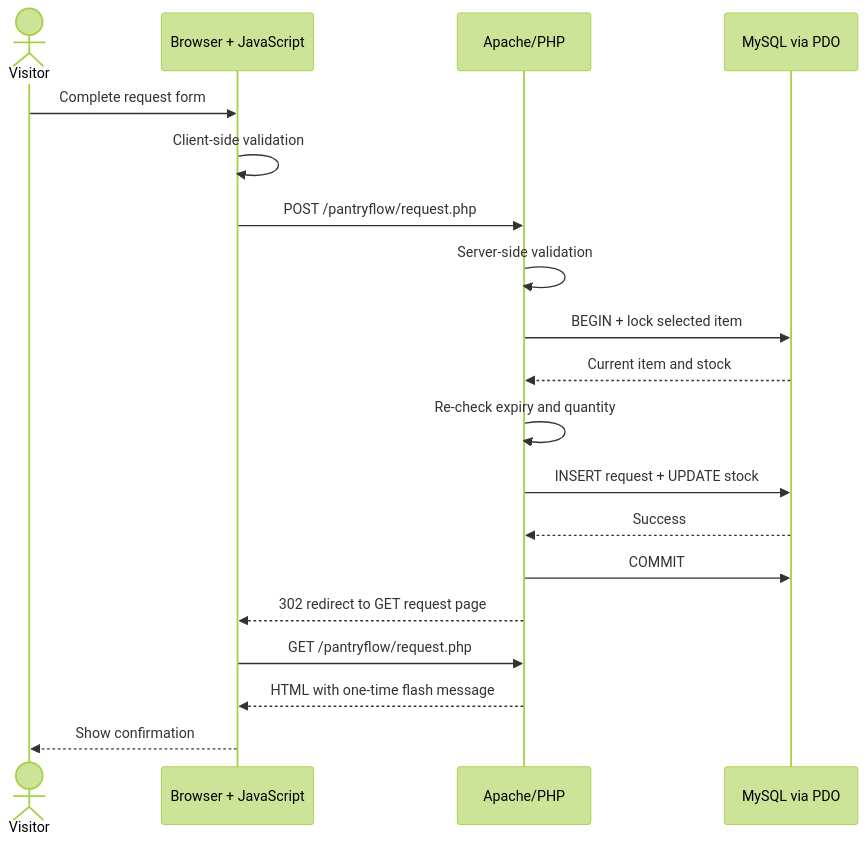
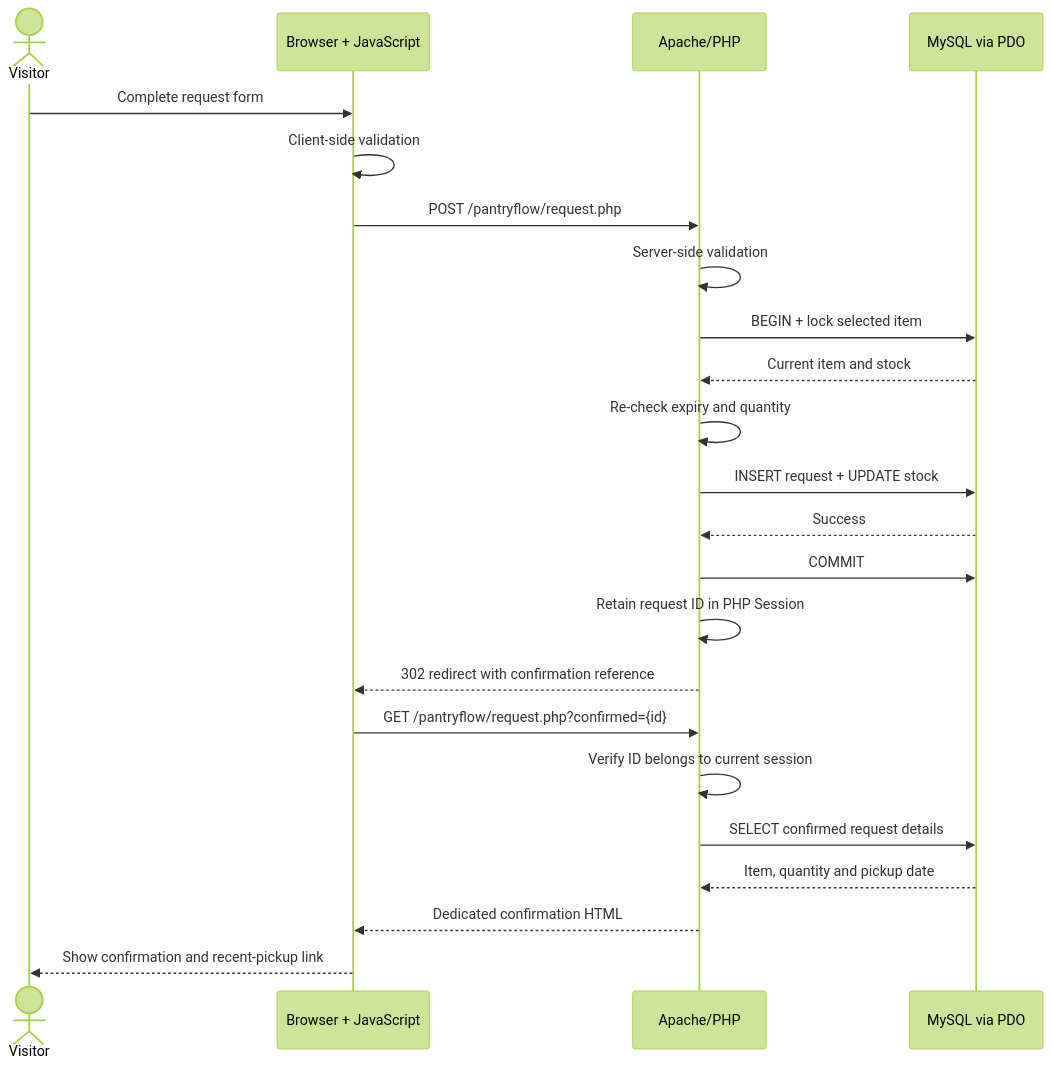
Before and after one commit to kong-pd/pantryflow: the third of 6 diagrams in docs/06-System-Architecture.md, drawn with Mermaid (forest theme). The commit also changed other lines of this file and 35 other files, not shown here.

````diff
--- a/docs/06-System-Architecture.md
+++ b/docs/06-System-Architecture.md
@@ -89,22 +92,26 @@
 ```mermaid
 sequenceDiagram
     actor V as Visitor
     participant B as Browser + JavaScript
     participant P as Apache/PHP
     participant D as MySQL via PDO
 
     V->>B: Complete request form
     B->>B: Client-side validation
     B->>P: POST /pantryflow/request.php
     P->>P: Server-side validation
     P->>D: BEGIN + lock selected item
     D-->>P: Current item and stock
     P->>P: Re-check expiry and quantity
     P->>D: INSERT request + UPDATE stock
     D-->>P: Success
     P->>D: COMMIT
-    P-->>B: 302 redirect to GET request page
-    B->>P: GET /pantryflow/request.php
-    P-->>B: HTML with one-time flash message
-    B-->>V: Show confirmation
+    P->>P: Retain request ID in PHP Session
+    P-->>B: 302 redirect with confirmation reference
+    B->>P: GET /pantryflow/request.php?confirmed={id}
+    P->>P: Verify ID belongs to current session
+    P->>D: SELECT confirmed request details
+    D-->>P: Item, quantity and pickup date
+    P-->>B: Dedicated confirmation HTML
+    B-->>V: Show confirmation and recent-pickup link
 ```
````
